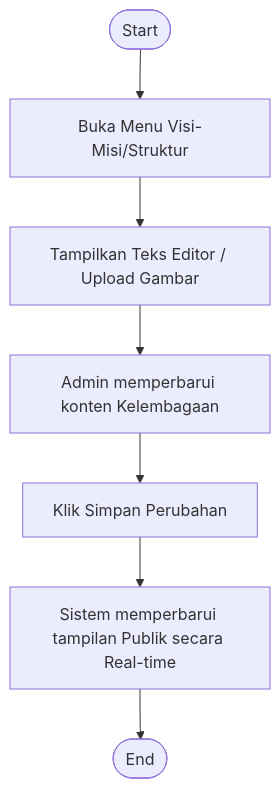
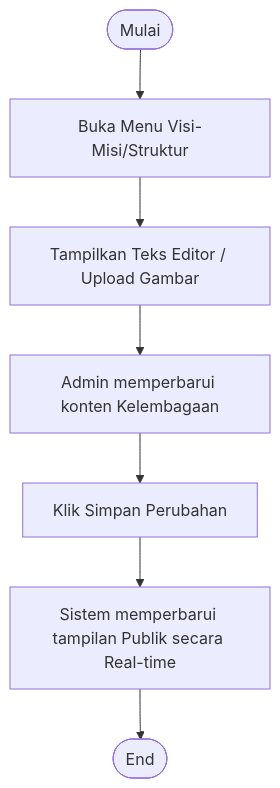
One commit to arbain-dev/Web_fikom changed the fifth of 5 diagrams in docs/activity_diagram_admin.md. Above: the diagram before and after it, drawn with Mermaid. The commit also changed other lines of this file and 7 other files, not shown here.

Commit message:
docs: standarisasi semua awal flowchart diagram menjadi 'Mulai'

````diff
--- a/docs/activity_diagram_admin.md
+++ b/docs/activity_diagram_admin.md
@@ -115,11 +115,11 @@
 ```mermaid
 flowchart TD
-    Start([Start]) --> OpenInst[Buka Menu Visi-Misi/Struktur]
+    Mulai([Mulai]) --> OpenInst[Buka Menu Visi-Misi/Struktur]
     OpenInst --> ShowEditor[Tampilkan Teks Editor / Upload Gambar]
     
     ShowEditor --> EditContent[Admin memperbarui konten Kelembagaan]
     EditContent --> ClickSave[Klik Simpan Perubahan]
     
     ClickSave --> UpdateLive[Sistem memperbarui tampilan Publik secara Real-time]
     UpdateLive --> End([End])
 ```
````
